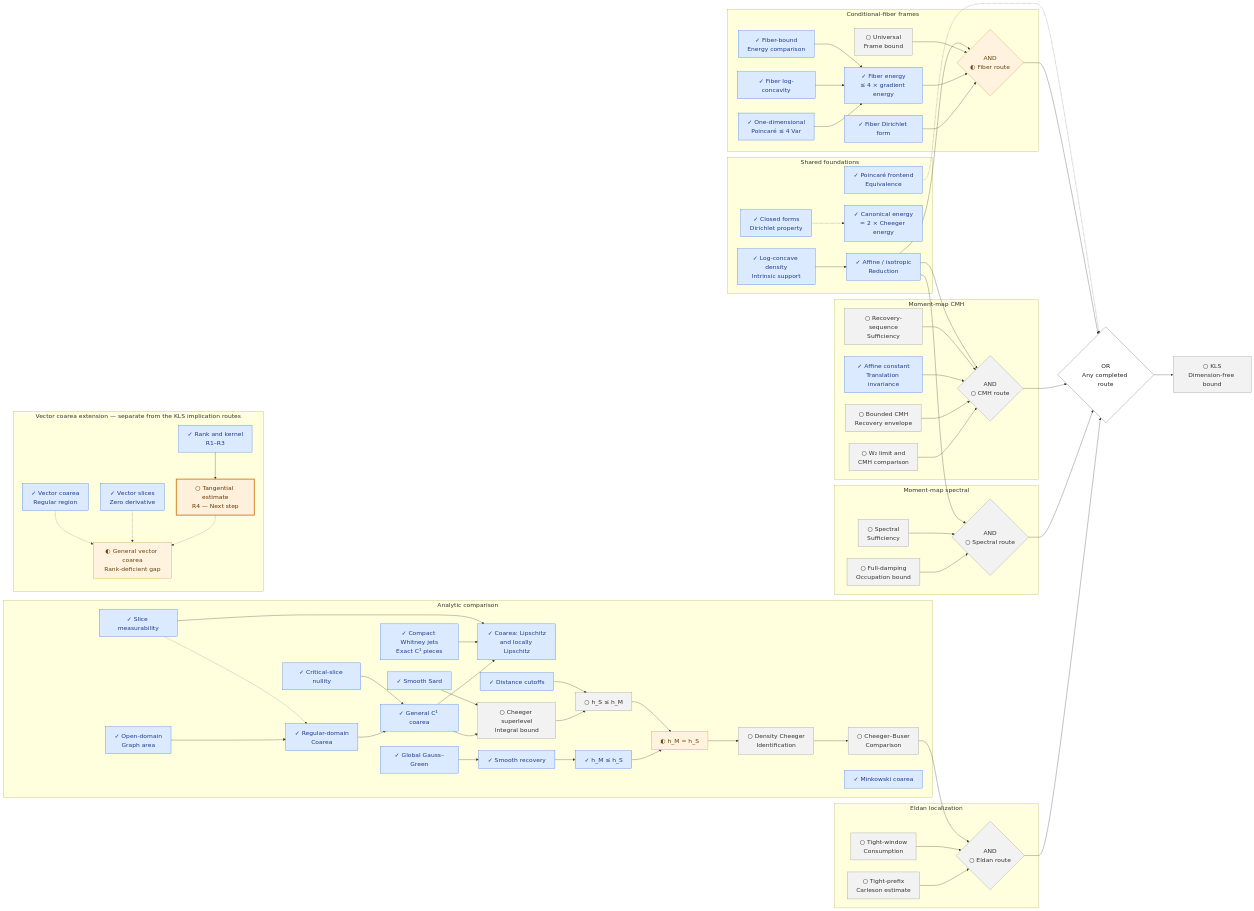
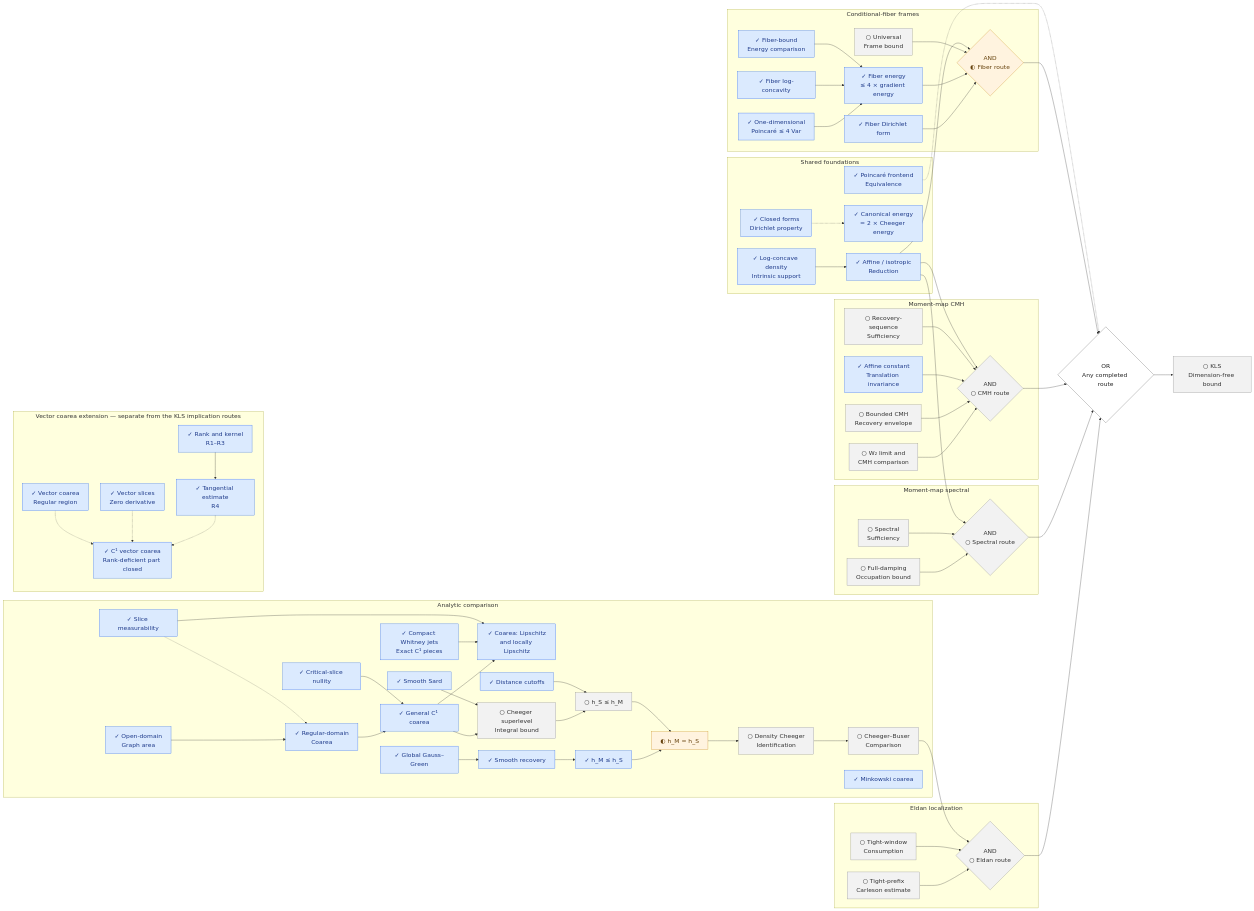
The diagram in research/progress/TREE.mmd (human-ai-mathematics/kls-lean), drawn with Mermaid before and after one commit. The commit also changed 112 other files, not shown here.

Commit message:
feat: complete C1 vector coarea and regroup analysis modules [skip ci]

```diff
--- a/research/progress/TREE.mmd
+++ b/research/progress/TREE.mmd
@@ -57,8 +57,8 @@
     VREG["✓ Vector coarea<br/>Regular region"]
     VZERO["✓ Vector slices<br/>Zero derivative"]
     VR123["✓ Rank and kernel<br/>R1–R3"]
-    VR4["○ Tangential estimate<br/>R4 — Next step"]
-    VFULL["◐ General vector coarea<br/>Rank-deficient gap"]
+    VR4["✓ Tangential estimate<br/>R4"]
+    VFULL["✓ C¹ vector coarea<br/>Rank-deficient part closed"]
     end
     KLS["○ KLS<br/>Dimension-free bound"]
     ANY{"OR<br/>Any completed route"}
@@ -110,13 +110,11 @@
     VZERO -.-> VFULL
     VR4 -.-> VFULL
     classDef done fill:#dbeafe,stroke:#2563eb,color:#1e3a8a;
-    class ENERGY,F4,MT,FP,FC,NORM,DENS,ONE,CONST,FORMS,MEAS,GRAPH,REG,CRIT,C1,WHIT,LIP,GG,REC,FWD,SARD,CUT,MINK,FLOG,VREG,VZERO,VR123 done;
+    class ENERGY,F4,MT,FP,FC,NORM,DENS,ONE,CONST,FORMS,MEAS,GRAPH,REG,CRIT,C1,WHIT,LIP,GG,REC,FWD,SARD,CUT,MINK,FLOG,VREG,VZERO,VR123,VR4,VFULL done;
     classDef partial fill:#fff3df,stroke:#c88719,color:#66420d;
-    class EQ,FAND,VFULL partial;
+    class EQ,FAND partial;
     classDef todo fill:#f2f2f2,stroke:#888,color:#333;
     class MG,EG,KLS,MC,EC,SC,FG,SG,MH,FRONT,CB,SCI,REV,EAND,SAND,MAND todo;
-    classDef focus fill:#fff0dc,stroke:#d47b13,color:#663800,stroke-width:3px;
-    class VR4 focus;
     classDef logic fill:#fff,stroke:#555,color:#222;
     class ANY logic;
     click MG href "https://github.com/numina-functional-inequalities/kls-lean/blob/main/formalization/blueprint/src/chapters/50-kls-routes.tex" "Bounded CMH — Recovery envelope" _blank
@@ -141,7 +139,7 @@
     click CONST href "https://github.com/numina-functional-inequalities/kls-lean/blob/main/formalization/FunctionalInequalities/KLS/LogConcave/Poincare.lean" "Poincaré frontend — Equivalence" _blank
     click FORMS href "https://github.com/numina-functional-inequalities/kls-lean/blob/main/formalization/FunctionalInequalities/Energy/SmoothGradient/Dirichlet.lean" "Closed forms — Dirichlet property" _blank
     click MEAS href "https://github.com/numina-functional-inequalities/kls-lean/blob/main/formalization/FunctionalInequalities/KLS/Geometry/LevelSetMeasurable.lean" "Slice measurability" _blank
-    click GRAPH href "https://github.com/numina-functional-inequalities/kls-lean/blob/main/formalization/FunctionalInequalities/Analysis/OpenGraphIntegral.lean" "Open-domain — Graph area" _blank
+    click GRAPH href "https://github.com/numina-functional-inequalities/kls-lean/blob/main/formalization/FunctionalInequalities/Analysis/Graph/OpenIntegral.lean" "Open-domain — Graph area" _blank
     click REG href "https://github.com/numina-functional-inequalities/kls-lean/blob/main/formalization/FunctionalInequalities/KLS/Geometry/RegularCoarea.lean" "Regular-domain — Coarea" _blank
     click CRIT href "https://github.com/numina-functional-inequalities/kls-lean/blob/main/formalization/FunctionalInequalities/KLS/Geometry/CriticalSlice.lean" "Critical-slice nullity" _blank
     click C1 href "https://github.com/numina-functional-inequalities/kls-lean/blob/main/formalization/FunctionalInequalities/KLS/Geometry/SmoothCoarea.lean" "General C¹ coarea" _blank
@@ -150,7 +148,7 @@
     click GG href "https://github.com/numina-functional-inequalities/kls-lean/blob/main/formalization/FunctionalInequalities/KLS/Geometry/GaussGreen.lean" "Global Gauss–Green" _blank
     click REC href "https://github.com/numina-functional-inequalities/kls-lean/blob/main/formalization/FunctionalInequalities/KLS/Geometry/PerimeterRecovery.lean" "Smooth recovery" _blank
     click FWD href "https://github.com/numina-functional-inequalities/kls-lean/blob/main/formalization/FunctionalInequalities/KLS/Geometry/CheegerInfimum.lean" "h_M ≤ h_S" _blank
-    click SARD href "https://github.com/numina-functional-inequalities/kls-lean/blob/main/formalization/FunctionalInequalities/Analysis/SmoothSard.lean" "Smooth Sard" _blank
+    click SARD href "https://github.com/numina-functional-inequalities/kls-lean/blob/main/formalization/FunctionalInequalities/Analysis/Sard/Smooth.lean" "Smooth Sard" _blank
     click SCI href "https://github.com/numina-functional-inequalities/kls-lean/blob/main/formalization/FunctionalInequalities/KLS/WIP/CheegerInfimum.lean" "Cheeger superlevel — Integral bound" _blank
     click CUT href "https://github.com/numina-functional-inequalities/kls-lean/blob/main/formalization/FunctionalInequalities/KLS/Geometry/DistanceCutoff.lean" "Distance cutoffs" _blank
     click REV href "https://github.com/numina-functional-inequalities/kls-lean/blob/main/formalization/FunctionalInequalities/KLS/WIP/CheegerInfimum.lean" "h_S ≤ h_M" _blank
@@ -162,8 +160,8 @@
     click FLOG href "https://github.com/numina-functional-inequalities/kls-lean/blob/main/formalization/FunctionalInequalities/KLS/LogConcave/ConditionalFiber.lean" "Fiber log-concavity" _blank
     click FAND href "https://github.com/numina-functional-inequalities/kls-lean/blob/main/formalization/blueprint/route-composition.yaml" "AND — Fiber route" _blank
     click ANY href "https://github.com/numina-functional-inequalities/kls-lean/blob/main/formalization/blueprint/route-composition.yaml" "OR — Any completed route" _blank
-    click VREG href "https://github.com/numina-functional-inequalities/kls-lean/blob/main/formalization/FunctionalInequalities/Analysis/VectorRegularCoarea.lean" "Vector coarea — Regular region" _blank
-    click VZERO href "https://github.com/numina-functional-inequalities/kls-lean/blob/main/formalization/FunctionalInequalities/Analysis/VectorCriticalSlice.lean" "Vector slices — Zero derivative" _blank
+    click VREG href "https://github.com/numina-functional-inequalities/kls-lean/blob/main/formalization/FunctionalInequalities/Analysis/Vector/RegularCoarea.lean" "Vector coarea — Regular region" _blank
+    click VZERO href "https://github.com/numina-functional-inequalities/kls-lean/blob/main/formalization/FunctionalInequalities/Analysis/Vector/CriticalSlice.lean" "Vector slices — Zero derivative" _blank
     click VR123 href "https://github.com/numina-functional-inequalities/kls-lean/blob/main/research/audits/RightInverseBoundAudit.lean" "Rank and kernel — R1–R3" _blank
-    click VR4 href "https://github.com/numina-functional-inequalities/kls-lean/blob/main/research/audits/RankDeficientRouteStatements.lean" "Tangential estimate — R4 — Next step" _blank
-    click VFULL href "https://github.com/numina-functional-inequalities/kls-lean/blob/main/research/decisions/2026-09-17-rank-deficient-route.md" "General vector coarea — Rank-deficient gap" _blank
+    click VR4 href "https://github.com/numina-functional-inequalities/kls-lean/blob/main/research/decisions/2026-09-17-tangential-lipschitz.md" "Tangential estimate — R4" _blank
+    click VFULL href "https://github.com/numina-functional-inequalities/kls-lean/blob/main/research/decisions/2026-09-17-rank-deficient-coarea.md" "C¹ vector coarea — Rank-deficient part closed" _blank
```
